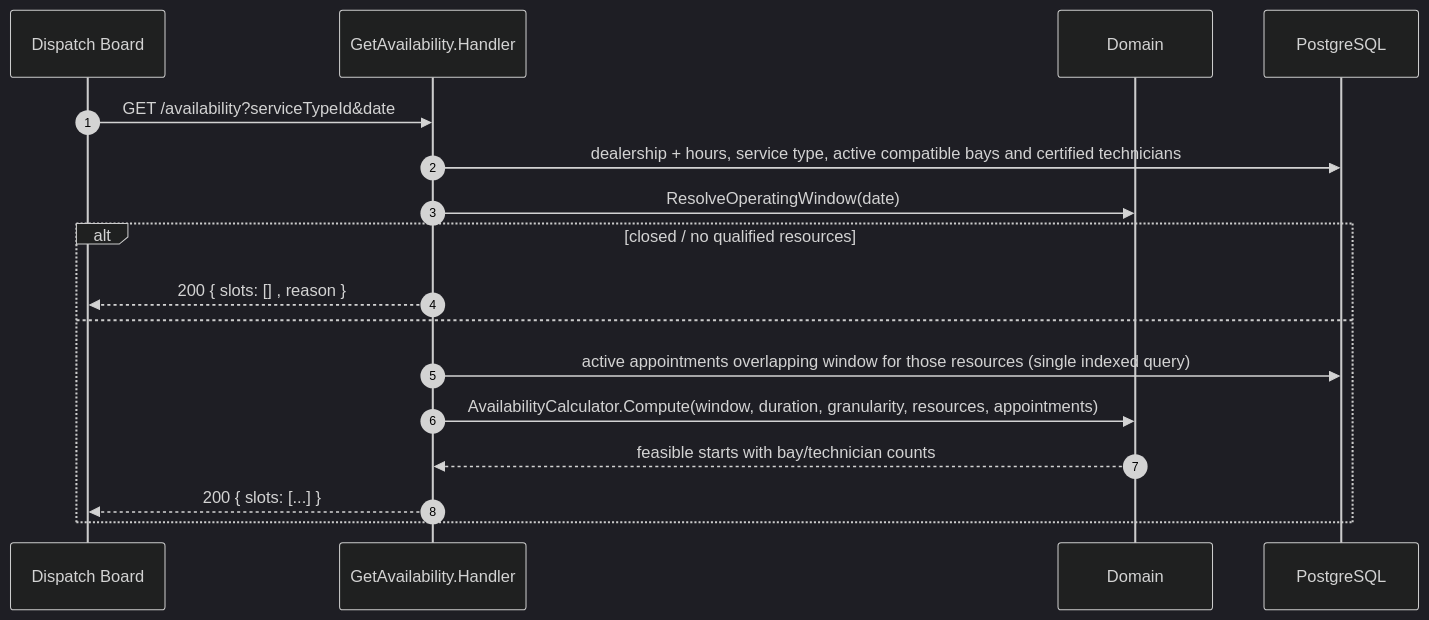
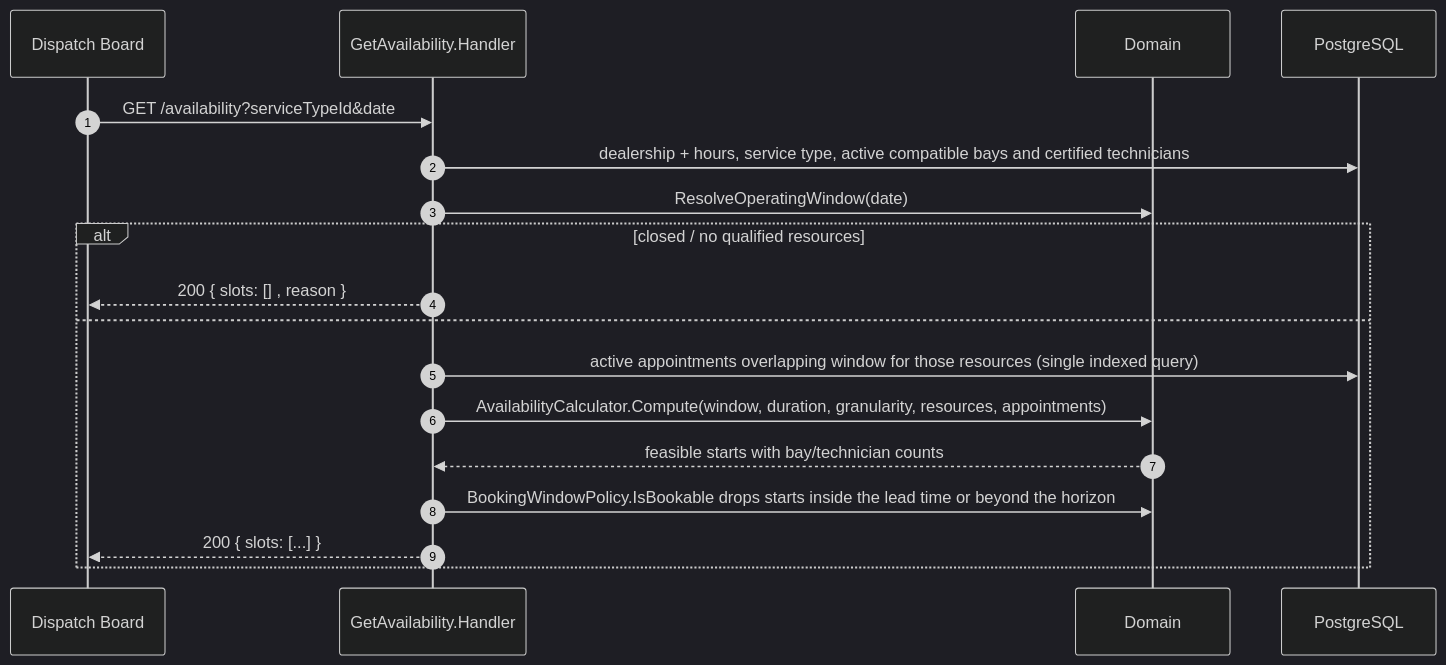
Before and after one commit to kylesmile1103/keyloop-service-scheduler: the eighth of 14 diagrams in docs/ARCHITECTURE.md, drawn with Mermaid (dark theme). The commit also changed other lines of this file and 15 other files, not shown here.

````diff
--- a/docs/ARCHITECTURE.md
+++ b/docs/ARCHITECTURE.md
@@ -796,20 +880,21 @@
 ```mermaid
 sequenceDiagram
     autonumber
     participant UI as Dispatch Board
     participant H as GetAvailability.Handler
     participant D as Domain
     participant DB as PostgreSQL
 
     UI->>H: GET /availability?serviceTypeId&date
     H->>DB: dealership + hours, service type, active compatible bays and certified technicians
     H->>D: ResolveOperatingWindow(date)
     alt closed / no qualified resources
         H-->>UI: 200 { slots: [] , reason }
     else
         H->>DB: active appointments overlapping window for those resources (single indexed query)
         H->>D: AvailabilityCalculator.Compute(window, duration, granularity, resources, appointments)
         D-->>H: feasible starts with bay/technician counts
+        H->>D: BookingWindowPolicy.IsBookable drops starts inside the lead time or beyond the horizon
         H-->>UI: 200 { slots: [...] }
     end
 ```
````
